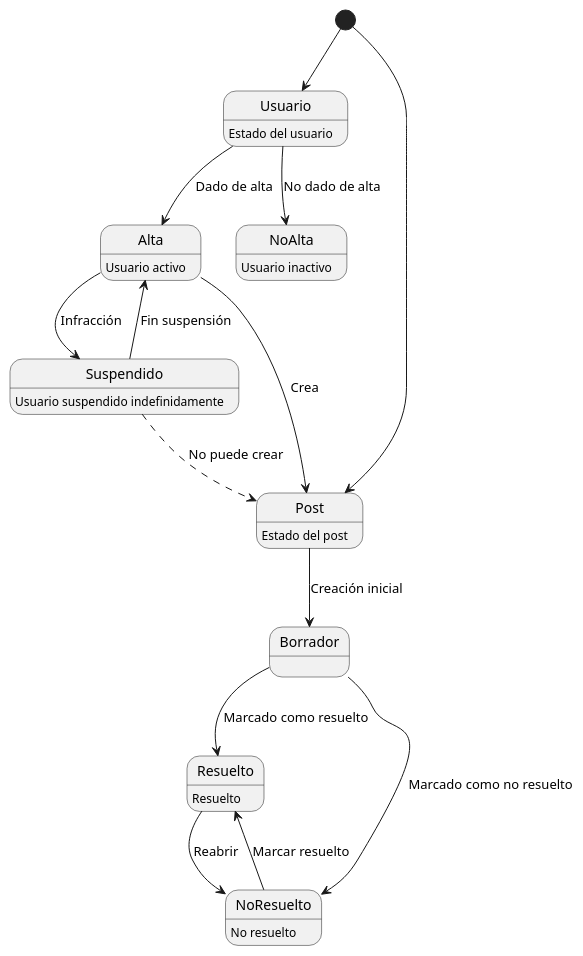
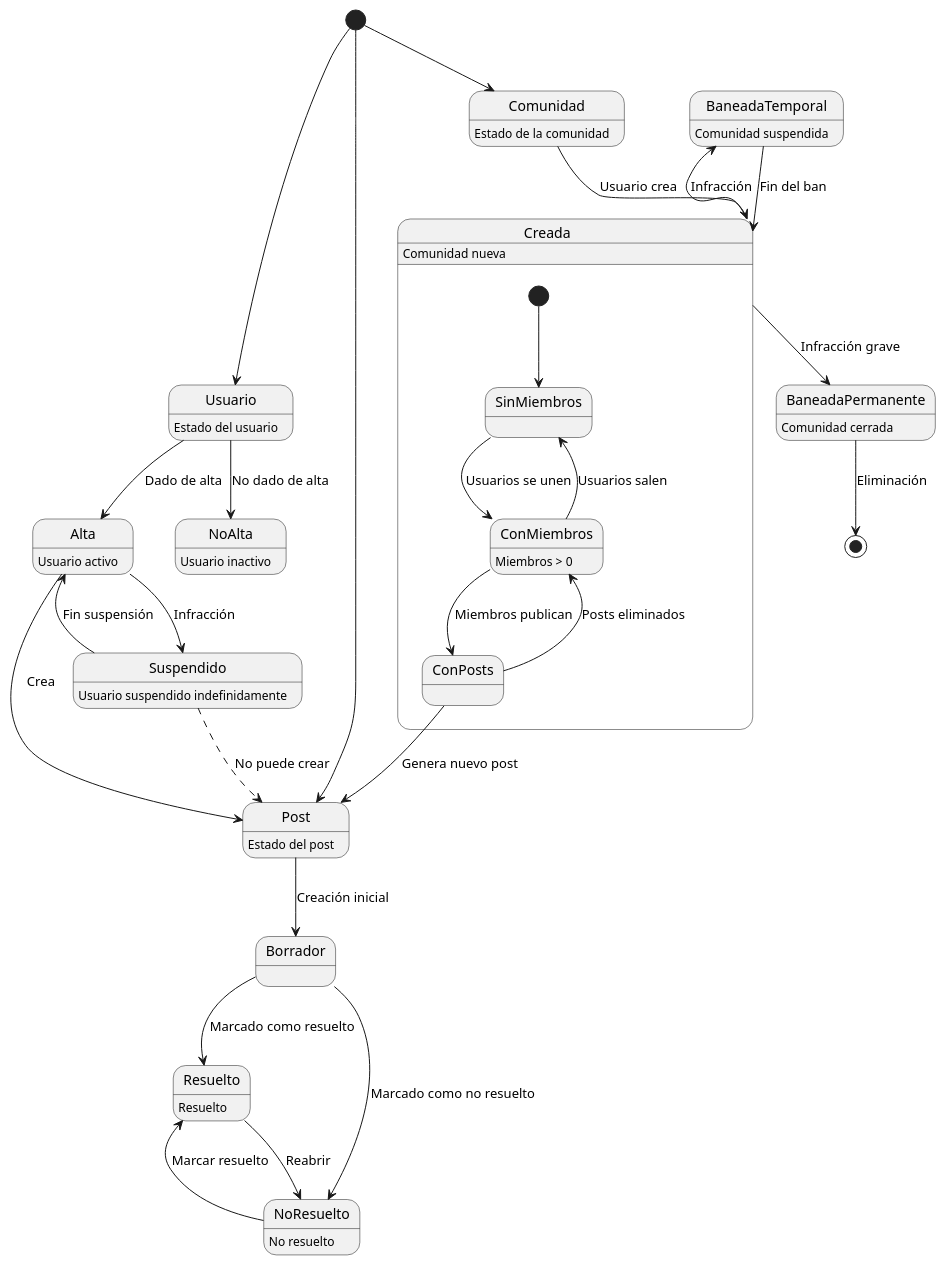
Before and after one commit to mmasias/24-25-IdSw1-SDR: the diagram in modelosUML - Codigo/3ª_Iteración/Diagrama_Estados.puml, drawn with PlantUML.

Commit message:
Clase Comunidad diagrama de estados

```diff
--- a/modelosUML - Codigo/3ª_Iteración/Diagrama_Estados.puml
+++ b/modelosUML - Codigo/3ª_Iteración/Diagrama_Estados.puml
@@ -1,23 +1,47 @@
 @startuml
 [*] --> Usuario
 Usuario : Estado del usuario
 Usuario --> Alta : Dado de alta
 Usuario --> NoAlta : No dado de alta
 Alta : Usuario activo
 NoAlta : Usuario inactivo
 Alta --> Suspendido : Infracción
 Suspendido --> Alta : Fin suspensión
 Suspendido : Usuario suspendido indefinidamente
 
 [*] --> Post
 Alta --> Post: Crea
 Suspendido -[dashed]-> Post: No puede crear
 Post : Estado del post
 Post --> Borrador : Creación inicial
 Borrador --> Resuelto : Marcado como resuelto
 Borrador --> NoResuelto : Marcado como no resuelto
 Resuelto : Resuelto
 NoResuelto : No resuelto
 NoResuelto --> Resuelto : Marcar resuelto
 Resuelto --> NoResuelto : Reabrir
+
+[*] --> Comunidad
+Comunidad : Estado de la comunidad
+Comunidad --> Creada : Usuario crea
+Creada : Comunidad nueva
+
+state Creada {
+  [*] --> SinMiembros
+  SinMiembros --> ConMiembros : Usuarios se unen
+  ConMiembros --> SinMiembros : Usuarios salen
+  ConMiembros : Miembros > 0
+  ConMiembros --> ConPosts : Miembros publican
+  ConPosts --> ConMiembros : Posts eliminados
+  ConPosts --> Post : Genera nuevo post
+}
+
+Creada --> BaneadaTemporal : Infracción
+BaneadaTemporal : Comunidad suspendida
+BaneadaTemporal --> Creada : Fin del ban
+
+Creada --> BaneadaPermanente : Infracción grave
+BaneadaPermanente : Comunidad cerrada
+BaneadaPermanente --> [*] : Eliminación
+
 @enduml
```
